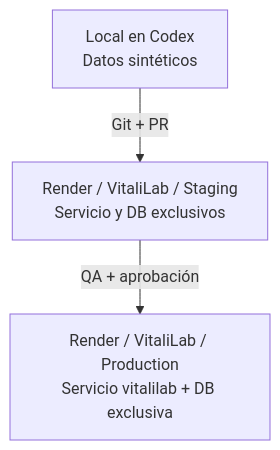
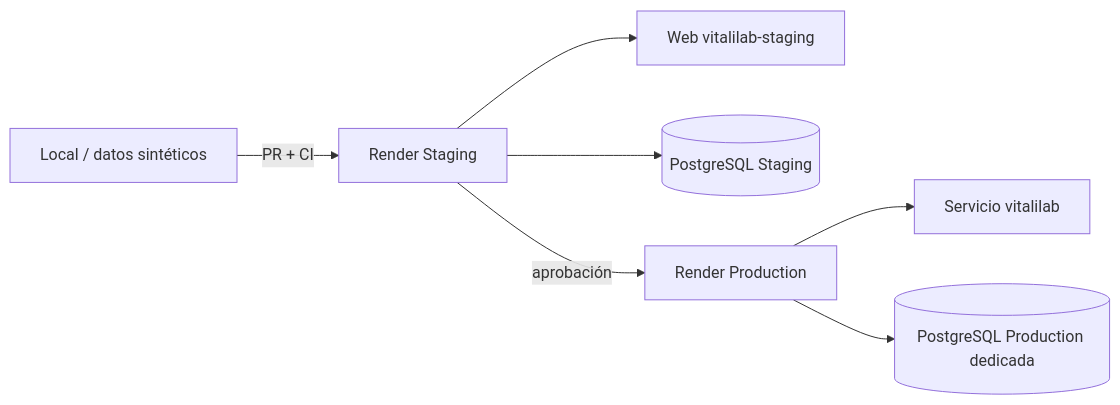
The diagram in docs/08_INFRAESTRUCTURA_Y_DEPLOY_RENDER.md (juandigira17111980/vitalilab-profesional), drawn with Mermaid before and after one commit. The commit also changed other lines of this file and 19 other files, not shown here.

````diff
--- a/docs/08_INFRAESTRUCTURA_Y_DEPLOY_RENDER.md
+++ b/docs/08_INFRAESTRUCTURA_Y_DEPLOY_RENDER.md
@@ -5,5 +5,9 @@
 ```mermaid
-flowchart TB
-    DEV[Local en Codex<br/>Datos sintéticos] -->|Git + PR| STG[Render / VitaliLab / Staging<br/>Servicio y DB exclusivos]
-    STG -->|QA + aprobación| PRD[Render / VitaliLab / Production<br/>Servicio vitalilab + DB exclusiva]
+flowchart LR
+    L[Local / datos sintéticos] -->|PR + CI| S[Render Staging]
+    S --> SW[Web vitalilab-staging]
+    S --> SD[(PostgreSQL Staging)]
+    S -->|aprobación| P[Render Production]
+    P --> PW[Servicio vitalilab]
+    P --> PD[(PostgreSQL Production dedicada)]
 ```
````
